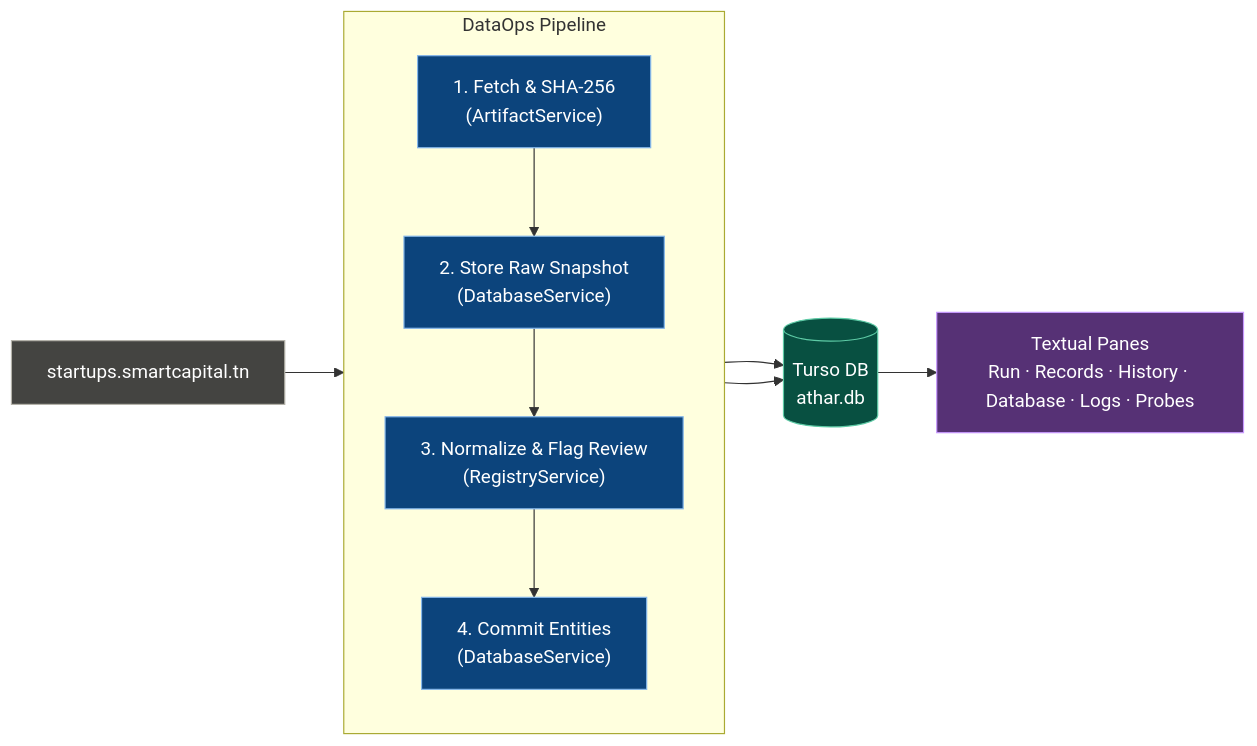
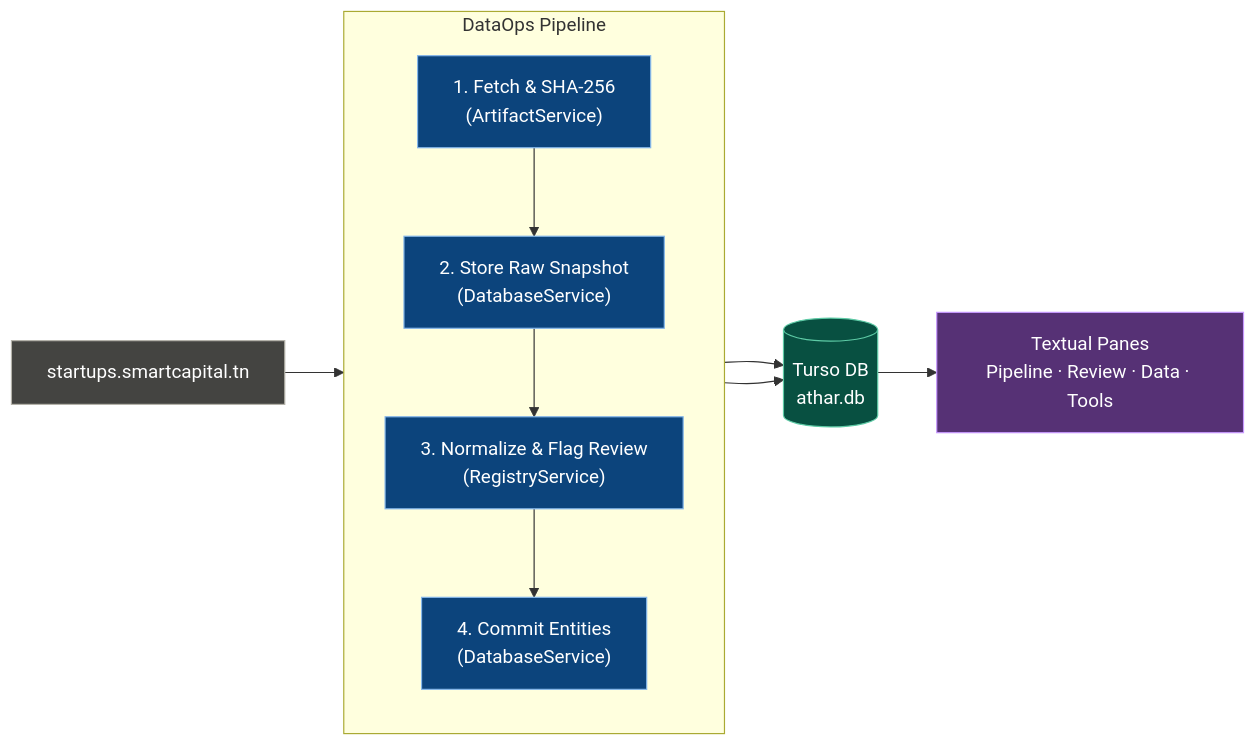
Before and after one commit to OussemaJaouadi/Athar: the second of 2 diagrams in docs/dataops/ARCHITECTURE.md, drawn with Mermaid. The commit also changed other lines of this file and 19 other files, not shown here.

First line of the commit message:
🧭 ui(dataops): four tabs, saved runs on the live timeline, Escape backs out one level

````diff
--- a/docs/dataops/ARCHITECTURE.md
+++ b/docs/dataops/ARCHITECTURE.md
@@ -122,33 +122,33 @@
 ```mermaid
 flowchart LR
     EXT["startups.smartcapital.tn"]
     
     subgraph DataOps Pipeline
         direction TB
         S1["1. Fetch & SHA-256<br/>(ArtifactService)"]
         S2["2. Store Raw Snapshot<br/>(DatabaseService)"]
         S3["3. Normalize & Flag Review<br/>(RegistryService)"]
         S4["4. Commit Entities<br/>(DatabaseService)"]
     end
     
     TURSO[("Turso DB<br/>athar.db")]
-     UI["Textual Panes<br/>Run · Records · History · Database · Logs · Probes"]
+     UI["Textual Panes<br/>Pipeline · Review · Data · Tools"]
 
 
     EXT --> S1
     S1 --> S2
     S2 --> TURSO
     S2 --> S3
     S3 --> S4
     S4 --> TURSO
     TURSO --> UI
 
     classDef ext fill:#444441,stroke:#B4B2A9,color:#FFFFFF
     classDef step fill:#0C447C,stroke:#85B7EB,color:#FFFFFF
     classDef db fill:#085041,stroke:#5DCAA5,color:#FFFFFF
     classDef ui fill:#563175,stroke:#C798FF,color:#FFFFFF
     class EXT ext
     class S1,S2,S3,S4 step
     class TURSO db
     class UI ui
 ```
````
